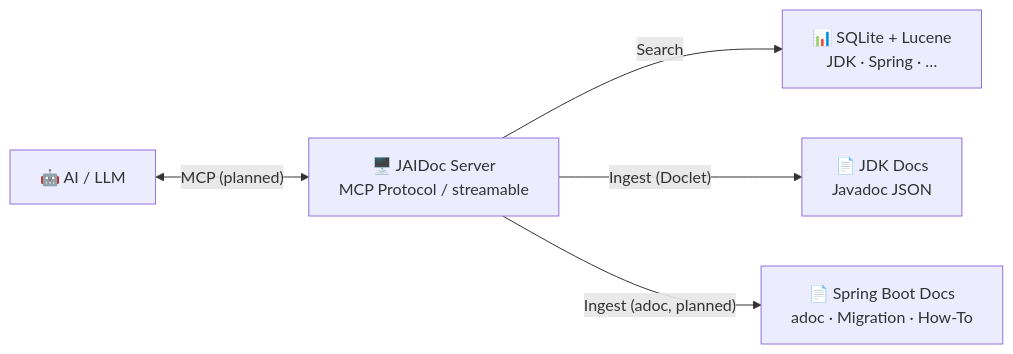
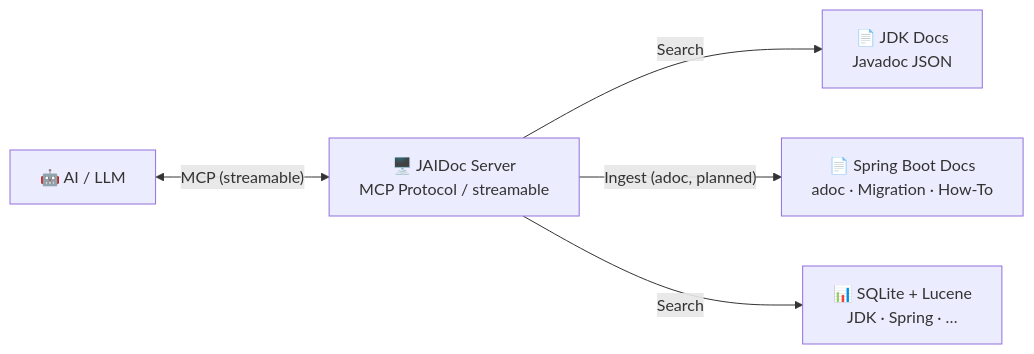
One commit to PurrBytesCode/JAIDoc changed the diagram in README.md. Above: the diagram before and after it, drawn with Mermaid. The commit also changed other lines of this file and 1 other file, not shown here.

````diff
--- a/README.md
+++ b/README.md
@@ -153,12 +154,12 @@
 ```mermaid
 graph LR
     ai["🤖 AI / LLM"]
     server["🖥️ JAIDoc Server<br/>MCP Protocol / streamable"]
     db["📊 SQLite + Lucene<br/>JDK · Spring · …"]
     jdkdocs["📄 JDK Docs<br/>Javadoc JSON"]
     sbdocs["📄 Spring Boot Docs<br/>adoc · Migration · How-To"]
-    ai <-->|" MCP (planned) "| server
+    ai <-->|" MCP (streamable) "| server
+    server -->|" Search "| jdkdocs
+    server -->|" Ingest (adoc, planned) "| sbdocs
     server -->|" Search "| db
-    server -->|" Ingest (Doclet) "| jdkdocs
-    server -->|" Ingest (adoc, planned) "| sbdocs
 ```
````
